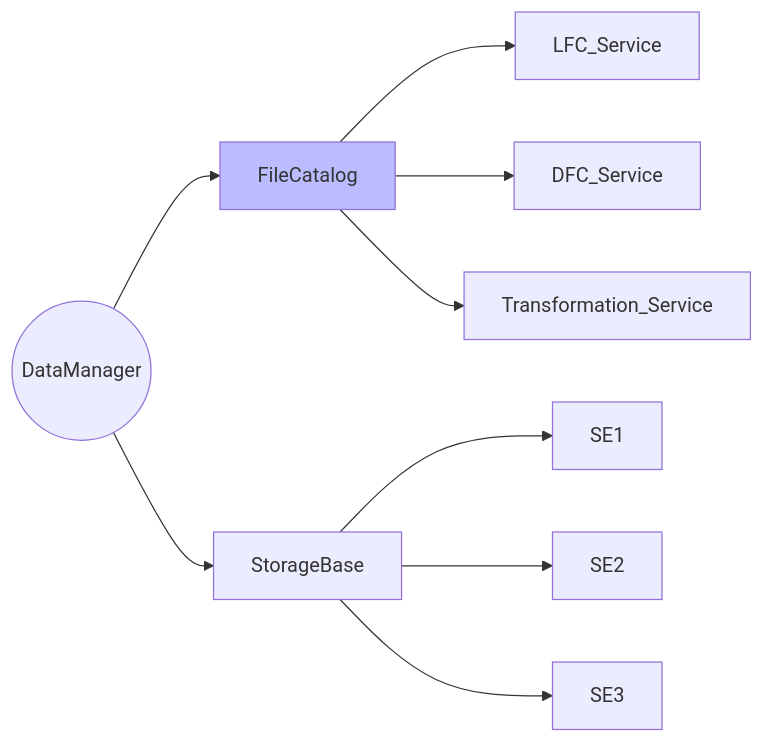
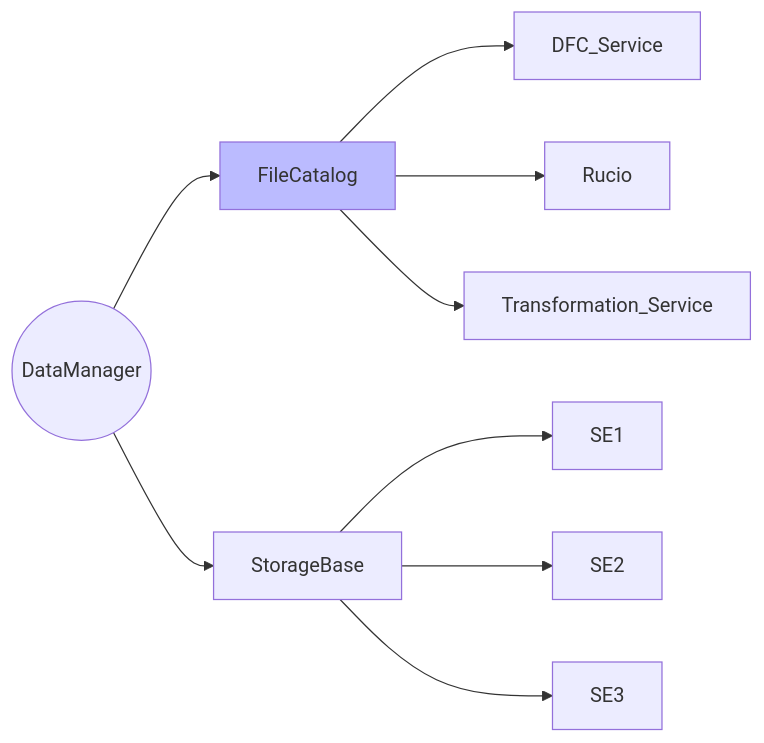
One commit to Soap2G/atlas-opendata-infrastructure changed the third of 7 diagrams in slides.md. Above: the diagram before and after it, drawn with Mermaid. The commit also changed other lines of this file and 4 other files, not shown here.

````diff
--- a/slides.md
+++ b/slides.md
@@ -141,13 +172,13 @@
 ```mermaid
 flowchart LR;
 DataManager((DataManager))
-    FileCatalog-->LFC_Service;
     FileCatalog-->DFC_Service;
+    FileCatalog-->Rucio;
     FileCatalog-->Transformation_Service;
     DataManager-->FileCatalog;
     DataManager-->StorageBase;
     StorageBase-->SE1;
     StorageBase-->SE2;
     StorageBase-->SE3;
     style FileCatalog fill:#bbf
 ```
````
